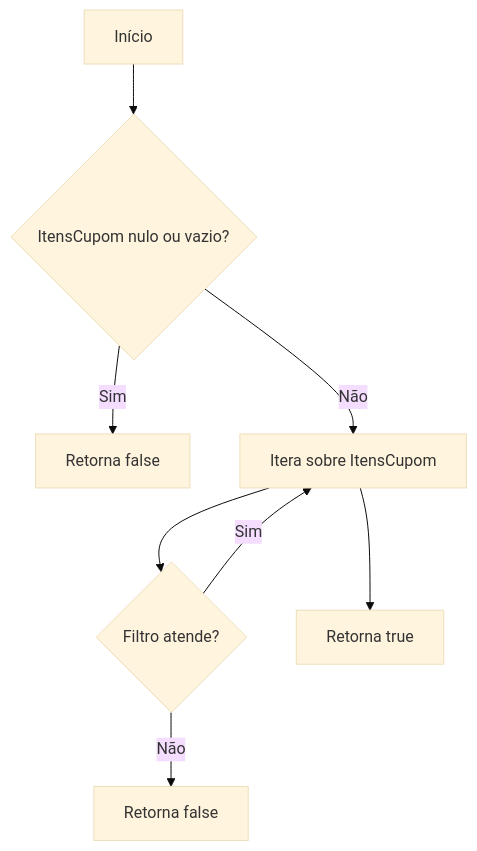
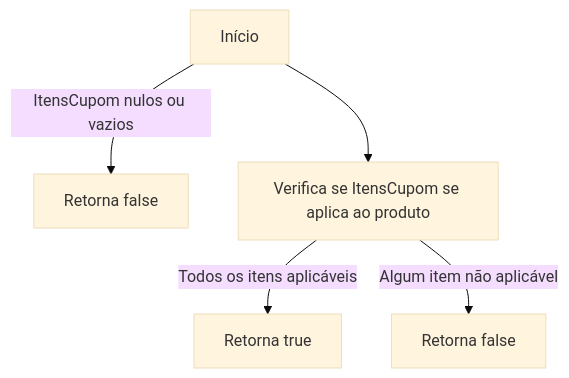
The first of 3 diagrams in docs/b2b-dominio/IsthmusWinthor.Nucleo/IsthmusWinthor.Dominio/POCO/CupomDesconto.md (IsthmusSistemas/documentacao-tecnica), drawn with Mermaid (base theme) before and after one commit. The commit also changed other lines of this file and 882 other files, not shown here.

````diff
--- a/docs/b2b-dominio/IsthmusWinthor.Nucleo/IsthmusWinthor.Dominio/POCO/CupomDesconto.md
+++ b/docs/b2b-dominio/IsthmusWinthor.Nucleo/IsthmusWinthor.Dominio/POCO/CupomDesconto.md
@@ -21,10 +17,7 @@
 ```mermaid
 flowchart TD
-    A[Início] --> B{ItensCupom nulo ou vazio?}
-    B -- Sim --> C[Retorna false]
-    B -- Não --> D[Itera sobre ItensCupom]
-    D --> E{Filtro atende?}
-    E -- Não --> F[Retorna false]
-    E -- Sim --> D
-    D --> G[Retorna true]
+    A[Início] -->|ItensCupom nulos ou vazios| B[Retorna false]
+    A --> C[Verifica se ItensCupom se aplica ao produto]
+    C -->|Todos os itens aplicáveis| D[Retorna true]
+    C -->|Algum item não aplicável| E[Retorna false]
 ```
````
